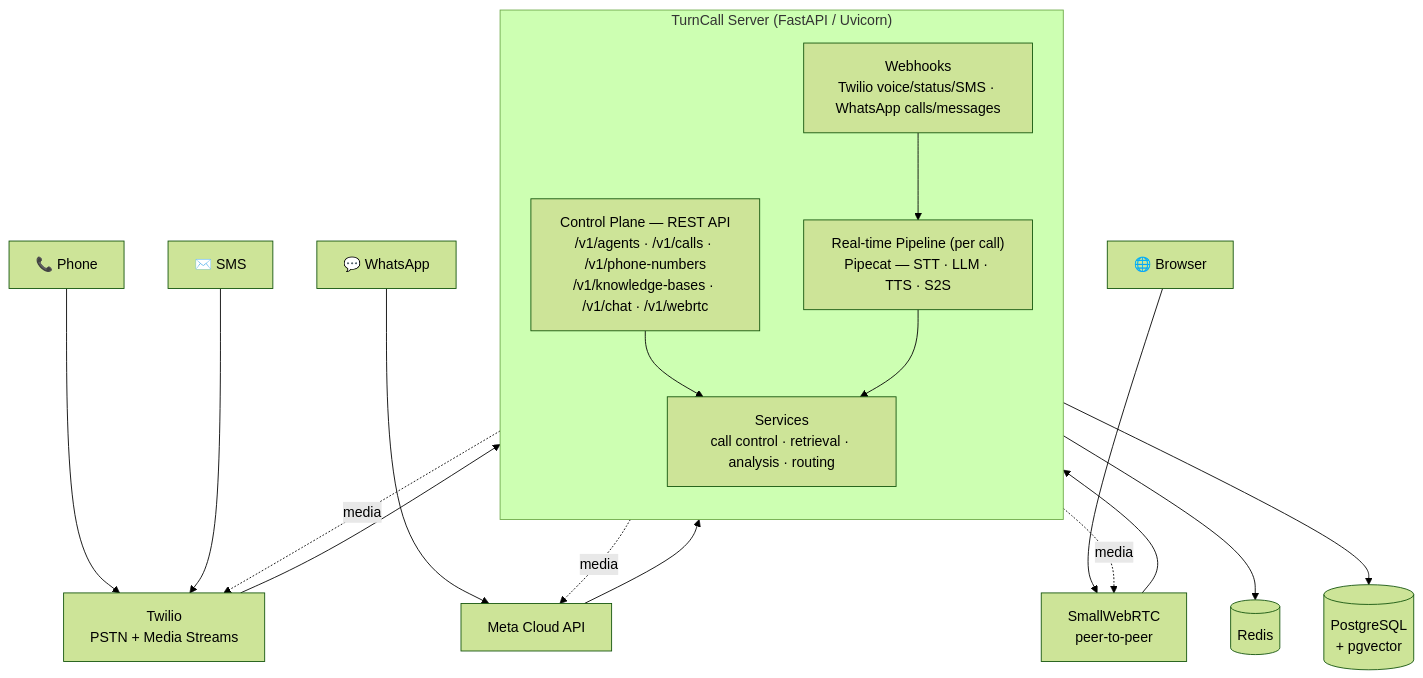
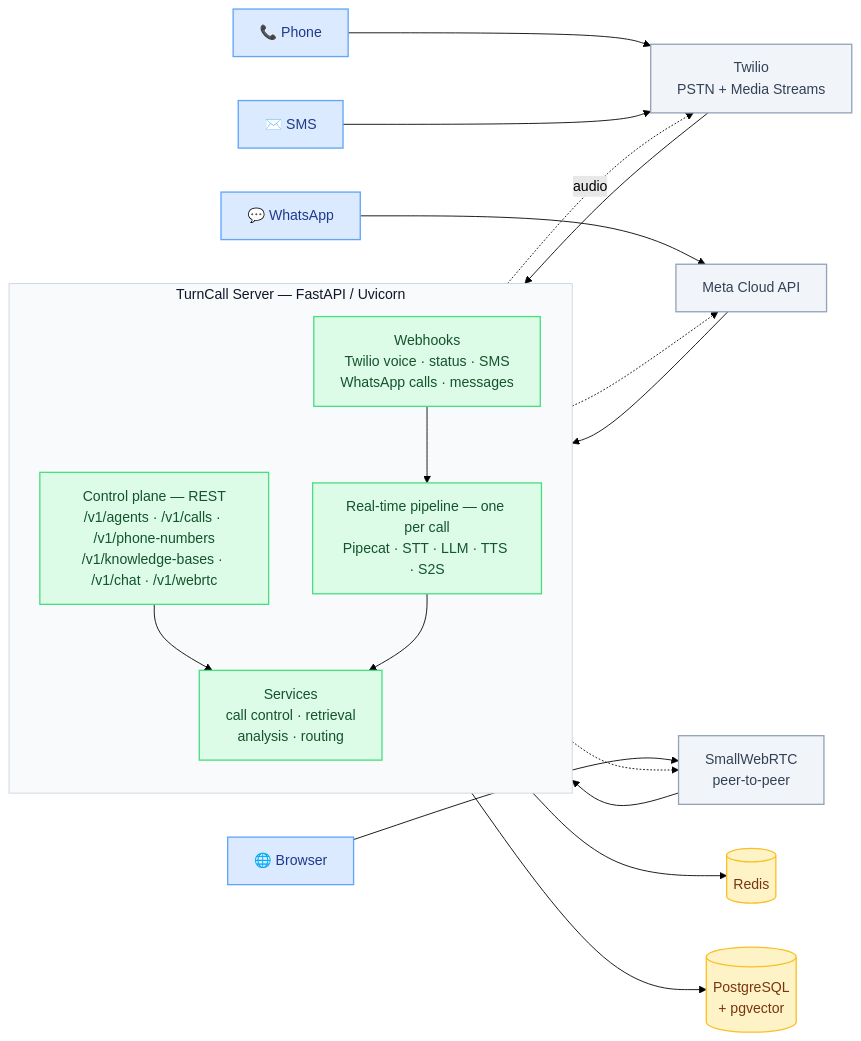
The first of 6 diagrams in docs/architecture.mdx (kobikis/turncall), drawn with Mermaid (forest theme) before and after one commit. The commit also changed other lines of this file and 6 other files, not shown here.

````diff
--- a/docs/architecture.mdx
+++ b/docs/architecture.mdx
@@ -11,39 +11,34 @@
 ```mermaid
-flowchart TB
-    Phone["📞 Phone"]
-    Browser["🌐 Browser"]
-    WhatsApp["💬 WhatsApp"]
-    SMS["✉️ SMS"]
+flowchart LR
+    Phone["📞 Phone"] --> Twilio
+    SMS["✉️ SMS"] --> Twilio
+    Browser["🌐 Browser"] --> WebRTC
+    WhatsApp["💬 WhatsApp"] --> Meta
 
-    Twilio["Twilio<br/>PSTN + Media Streams"]
-    WebRTC["SmallWebRTC<br/>peer-to-peer"]
-    Meta["Meta Cloud API"]
+    Twilio["Twilio<br/>PSTN + Media Streams"] --> WH
+    Meta["Meta Cloud API"] --> WH
+    WebRTC["SmallWebRTC<br/>peer-to-peer"] --> API
 
-    Phone --> Twilio
-    Browser --> WebRTC
-    WhatsApp --> Meta
-    SMS --> Twilio
-
-    subgraph Server["TurnCall Server (FastAPI / Uvicorn)"]
+    subgraph Server["TurnCall Server — FastAPI / Uvicorn"]
         direction TB
-        API["Control Plane — REST API<br/>/v1/agents · /v1/calls · /v1/phone-numbers<br/>/v1/knowledge-bases · /v1/chat · /v1/webrtc"]
-        WH["Webhooks<br/>Twilio voice/status/SMS · WhatsApp calls/messages"]
-        Pipe["Real-time Pipeline (per call)<br/>Pipecat — STT · LLM · TTS · S2S"]
-        SVC["Services<br/>call control · retrieval · analysis · routing"]
+        WH["Webhooks<br/>Twilio voice · status · SMS<br/>WhatsApp calls · messages"] --> Pipe
+        API["Control plane — REST<br/>/v1/agents · /v1/calls · /v1/phone-numbers<br/>/v1/knowledge-bases · /v1/chat · /v1/webrtc"] --> SVC
+        Pipe["Real-time pipeline — one per call<br/>Pipecat · STT · LLM · TTS · S2S"] --> SVC["Services<br/>call control · retrieval<br/>analysis · routing"]
     end
 
-    PG[("PostgreSQL<br/>+ pgvector")]
-    Redis[("Redis")]
+    SVC --> PG[("PostgreSQL<br/>+ pgvector")]
+    SVC --> Redis[("Redis")]
+    Pipe -.->|audio| Twilio
+    Pipe -.-> WebRTC
+    Pipe -.-> Meta
 
-    Twilio --> WH
-    Meta --> WH
-    WebRTC --> API
-    WH --> Pipe
-    API --> SVC
-    Pipe --> SVC
-    SVC --> PG
-    SVC --> Redis
-    Pipe -.->|media| Twilio
-    Pipe -.->|media| WebRTC
-    Pipe -.->|media| Meta
+    classDef client fill:#dbeafe,stroke:#60a5fa,stroke-width:1.5px,color:#1e3a8a
+    classDef vendor fill:#f1f5f9,stroke:#94a3b8,stroke-width:1.5px,color:#334155
+    classDef core fill:#dcfce7,stroke:#4ade80,stroke-width:1.5px,color:#14532d
+    classDef store fill:#fef3c7,stroke:#fbbf24,stroke-width:1.5px,color:#78350f
+    class Phone,Browser,WhatsApp,SMS client
+    class Twilio,WebRTC,Meta vendor
+    class API,WH,Pipe,SVC core
+    class PG,Redis store
+    style Server fill:#f8fafc,stroke:#cbd5e1,color:#0f172a
 ```
````
